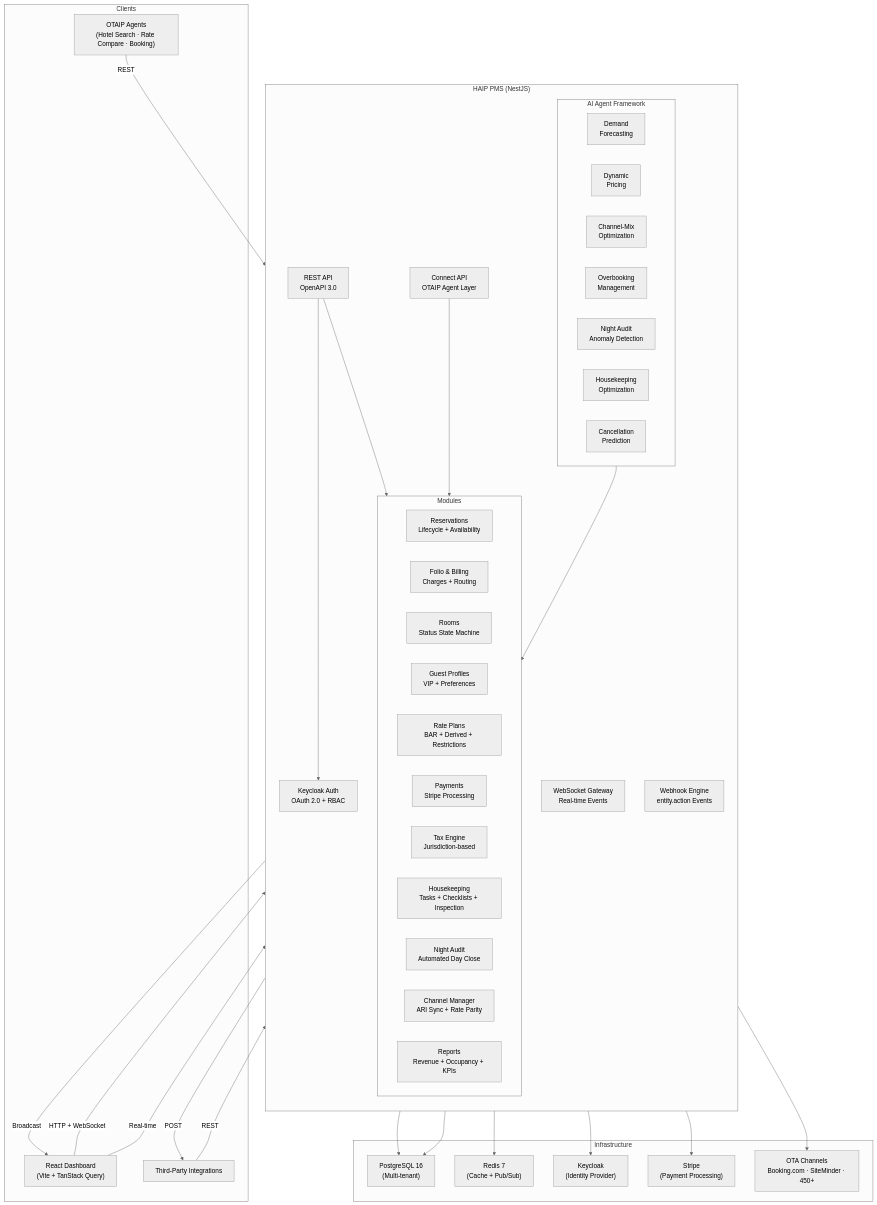
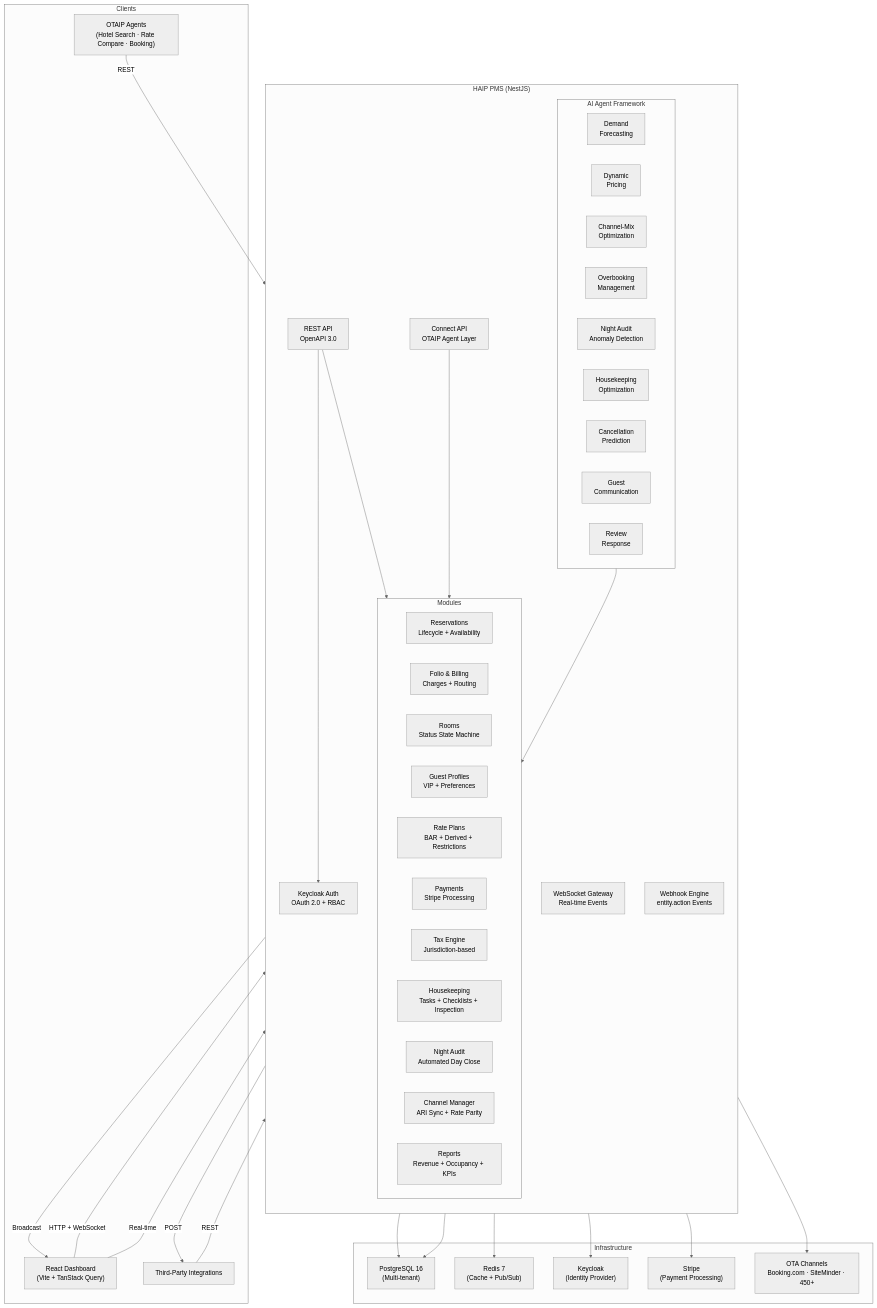
The diagram in README.md (telivity-otaip/haip), drawn with Mermaid (neutral theme) before and after one commit. The commit also changed other lines of this file, not shown here.

First line of the commit message:
docs: update README for guest engagement AI agents (9 agents, 551 tests)

````diff
--- a/README.md
+++ b/README.md
@@ -51,70 +51,72 @@
 ```mermaid
 graph TB
     subgraph Clients
         Dashboard["React Dashboard<br/>(Vite + TanStack Query)"]
         OTAIP["OTAIP Agents<br/>(Hotel Search · Rate Compare · Booking)"]
         ThirdParty["Third-Party Integrations"]
     end
 
     subgraph HAIP["HAIP PMS (NestJS)"]
         direction TB
         REST["REST API<br/>OpenAPI 3.0"]
         WS["WebSocket Gateway<br/>Real-time Events"]
         Connect["Connect API<br/>OTAIP Agent Layer"]
         Auth["Keycloak Auth<br/>OAuth 2.0 + RBAC"]
 
         subgraph Modules
             direction LR
             Reservation["Reservations<br/>Lifecycle + Availability"]
             Folio["Folio & Billing<br/>Charges + Routing"]
             Room["Rooms<br/>Status State Machine"]
             Guest["Guest Profiles<br/>VIP + Preferences"]
             RatePlan["Rate Plans<br/>BAR + Derived + Restrictions"]
             Payment["Payments<br/>Stripe Processing"]
             Tax["Tax Engine<br/>Jurisdiction-based"]
             HK["Housekeeping<br/>Tasks + Checklists + Inspection"]
             NA["Night Audit<br/>Automated Day Close"]
             Channel["Channel Manager<br/>ARI Sync + Rate Parity"]
             Reports["Reports<br/>Revenue + Occupancy + KPIs"]
         end
 
         subgraph AI["AI Agent Framework"]
             direction LR
             DemandAgent["Demand<br/>Forecasting"]
             PricingAgent["Dynamic<br/>Pricing"]
             ChannelMix["Channel-Mix<br/>Optimization"]
             Overbooking["Overbooking<br/>Management"]
             AuditAnomaly["Night Audit<br/>Anomaly Detection"]
             HKOptimizer["Housekeeping<br/>Optimization"]
             CancelPredict["Cancellation<br/>Prediction"]
+            GuestComms["Guest<br/>Communication"]
+            ReviewResp["Review<br/>Response"]
         end
 
         Webhook["Webhook Engine<br/>entity.action Events"]
     end
 
     subgraph Infrastructure
         PG["PostgreSQL 16<br/>(Multi-tenant)"]
         Redis["Redis 7<br/>(Cache + Pub/Sub)"]
         Keycloak["Keycloak<br/>(Identity Provider)"]
         Stripe["Stripe<br/>(Payment Processing)"]
         OTAs["OTA Channels<br/>Booking.com · SiteMinder · 450+"]
     end
 
     Dashboard -->|HTTP + WebSocket| REST
     Dashboard -->|Real-time| WS
     OTAIP -->|REST| Connect
     ThirdParty -->|REST| REST
 
     Auth --> Keycloak
     REST --> Auth
     REST --> Modules
     Connect --> Modules
     Modules --> PG
     Modules --> Redis
     AI --> PG
     AI --> Modules
     Channel --> OTAs
     Payment --> Stripe
     Webhook -->|POST| ThirdParty
     WS -->|Broadcast| Dashboard
 ```
````
